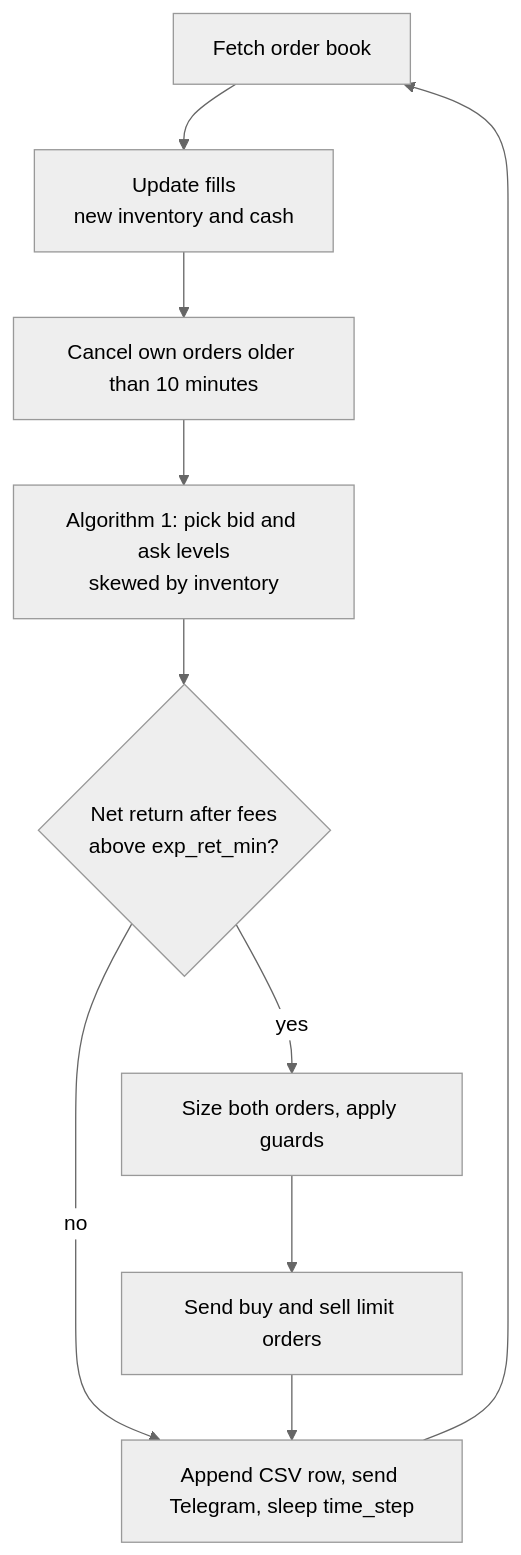
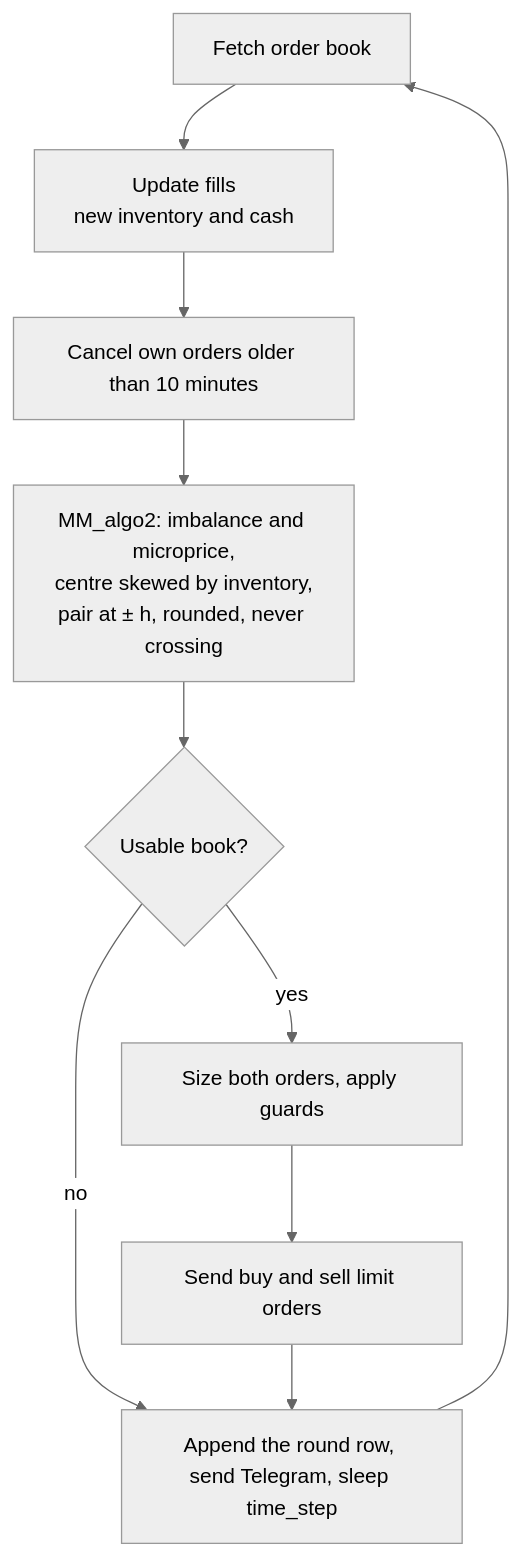
One commit to Alireza77n/Limit-Order-Book changed the second of 2 diagrams in PROJECT_GUIDE.md. Above: the diagram before and after it, drawn with Mermaid (neutral theme). The commit also changed other lines of this file and 56 other files, not shown here.

````diff
--- a/PROJECT_GUIDE.md
+++ b/PROJECT_GUIDE.md
@@ -257,12 +269,12 @@
 ```mermaid
 flowchart TD
     A[Fetch order book] --> B[Update fills<br/>new inventory and cash]
     B --> C[Cancel own orders older than 10 minutes]
-    C --> D[Algorithm 1: pick bid and ask levels<br/>skewed by inventory]
-    D --> E{Net return after fees<br/>above exp_ret_min?}
+    C --> D[MM_algo2: imbalance and microprice,<br/>centre skewed by inventory,<br/>pair at ± h, rounded, never crossing]
+    D --> E{Usable book?}
     E -- no --> H
     E -- yes --> F[Size both orders, apply guards]
     F --> G[Send buy and sell limit orders]
-    G --> H[Append CSV row, send Telegram, sleep time_step]
+    G --> H[Append the round row, send Telegram, sleep time_step]
     H --> A
 ```
````
